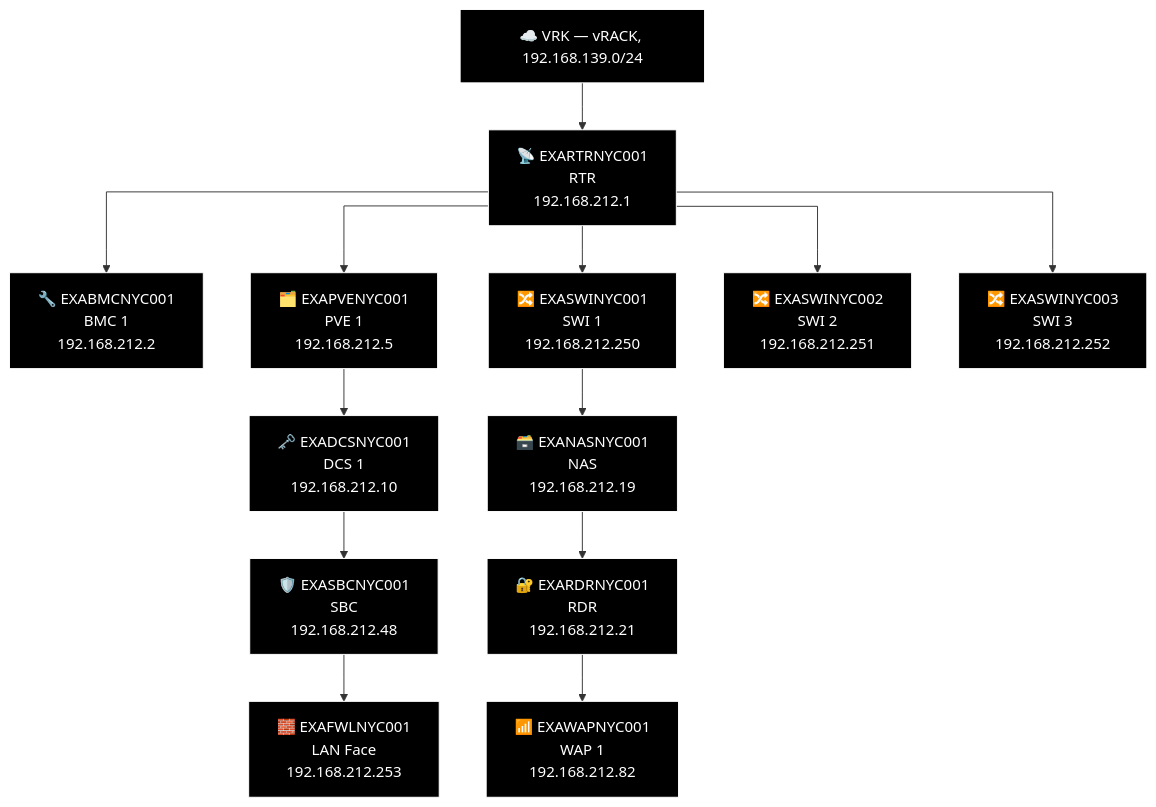
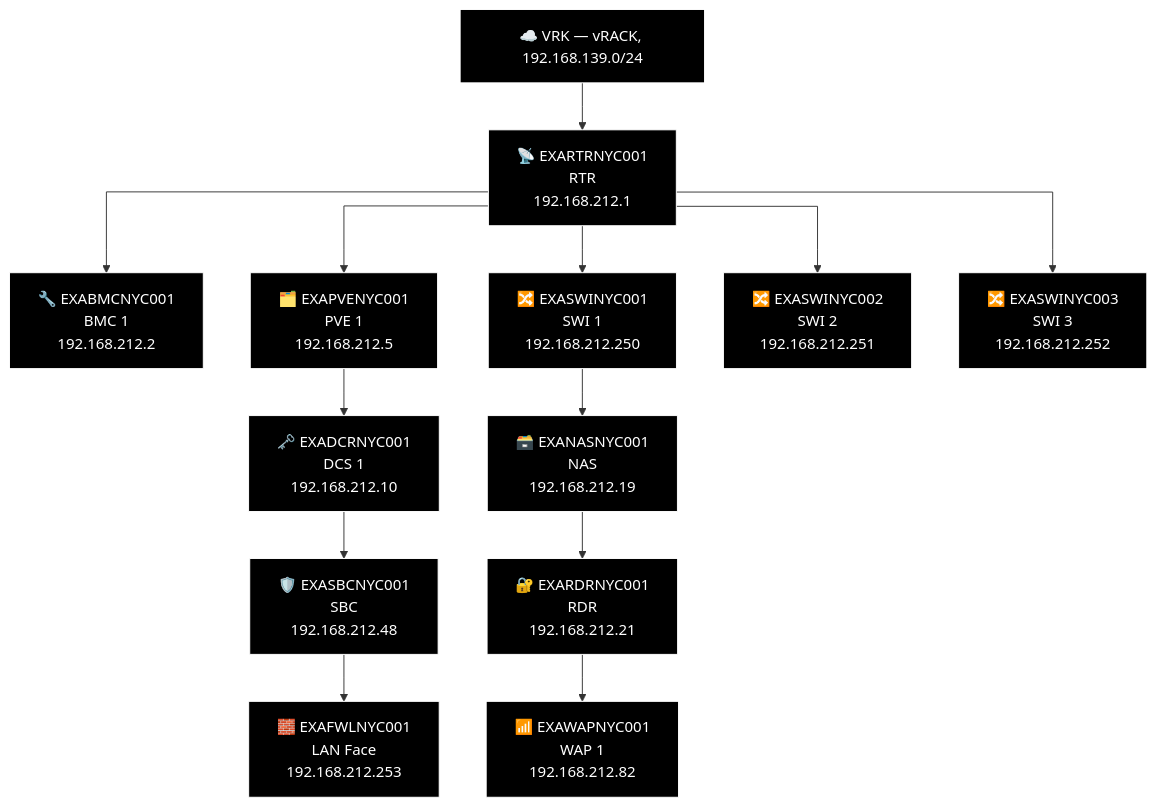
The sixth of 19 diagrams in docs/network-diagram/united-states.md (knightmare2600/example_music_infra), drawn with Mermaid before and after one commit. The commit also changed other lines of this file and 8 other files, not shown here.

````diff
--- a/docs/network-diagram/united-states.md
+++ b/docs/network-diagram/united-states.md
@@ -281,40 +266,40 @@
 ```mermaid
 %% GENERATED:TOPOLOGY:NYC:START
 %%{init: {'flowchart': {'curve': 'stepAfter'}}}%%
 graph TD
     T_VRK["☁️ VRK — vRACK, 192.168.139.0/24"]
     T_RTR["📡 EXARTRNYC001<br/>RTR<br/>192.168.212.1"]
     T_VRK --> T_RTR
     T_BMC["🔧 EXABMCNYC001<br/>BMC 1<br/>192.168.212.2"]
     T_RTR --> T_BMC
     T_PVE["🗂️ EXAPVENYC001<br/>PVE 1<br/>192.168.212.5"]
     T_RTR --> T_PVE
     T_SWI["🔀 EXASWINYC001<br/>SWI 1<br/>192.168.212.250"]
     T_RTR --> T_SWI
     T_SWI2["🔀 EXASWINYC002<br/>SWI 2<br/>192.168.212.251"]
     T_RTR --> T_SWI2
     T_SWI3["🔀 EXASWINYC003<br/>SWI 3<br/>192.168.212.252"]
     T_RTR --> T_SWI3
     T_NAS["🗃️ EXANASNYC001<br/>NAS<br/>192.168.212.19"]
     T_RDR["🔐 EXARDRNYC001<br/>RDR<br/>192.168.212.21"]
     T_WAP["📶 EXAWAPNYC001<br/>WAP 1<br/>192.168.212.82"]
     T_SWI --> T_NAS --> T_RDR --> T_WAP
-    T_DCS["🗝️ EXADCSNYC001<br/>DCS 1<br/>192.168.212.10"]
+    T_DCS["🗝️ EXADCRNYC001<br/>DCS 1<br/>192.168.212.10"]
     T_SBC["🛡️ EXASBCNYC001<br/>SBC<br/>192.168.212.48"]
     T_FWL["🧱 EXAFWLNYC001<br/>LAN Face<br/>192.168.212.253"]
     T_PVE --> T_DCS --> T_SBC --> T_FWL
     style T_VRK fill:#000000,stroke:#FFFFFF,color:#FFFFFF
     style T_RTR fill:#000000,stroke:#FFFFFF,color:#FFFFFF
     style T_BMC fill:#000000,stroke:#FFFFFF,color:#FFFFFF
     style T_PVE fill:#000000,stroke:#FFFFFF,color:#FFFFFF
     style T_SWI fill:#000000,stroke:#FFFFFF,color:#FFFFFF
     style T_SWI2 fill:#000000,stroke:#FFFFFF,color:#FFFFFF
     style T_SWI3 fill:#000000,stroke:#FFFFFF,color:#FFFFFF
     style T_NAS fill:#000000,stroke:#FFFFFF,color:#FFFFFF
     style T_RDR fill:#000000,stroke:#FFFFFF,color:#FFFFFF
     style T_WAP fill:#000000,stroke:#FFFFFF,color:#FFFFFF
     style T_DCS fill:#000000,stroke:#FFFFFF,color:#FFFFFF
     style T_SBC fill:#000000,stroke:#FFFFFF,color:#FFFFFF
     style T_FWL fill:#000000,stroke:#FFFFFF,color:#FFFFFF
 %% GENERATED:TOPOLOGY:NYC:END
 ```
````
